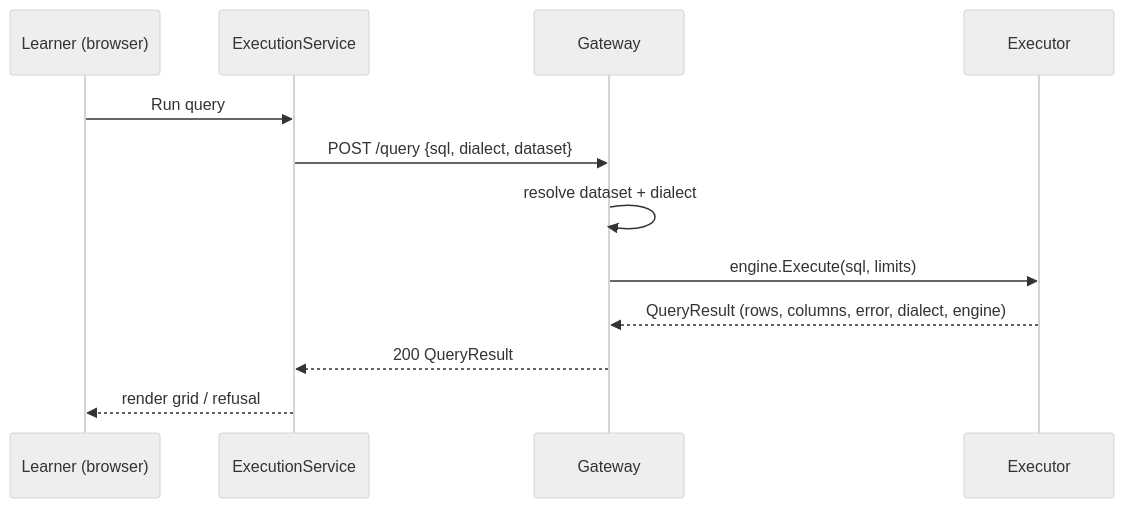
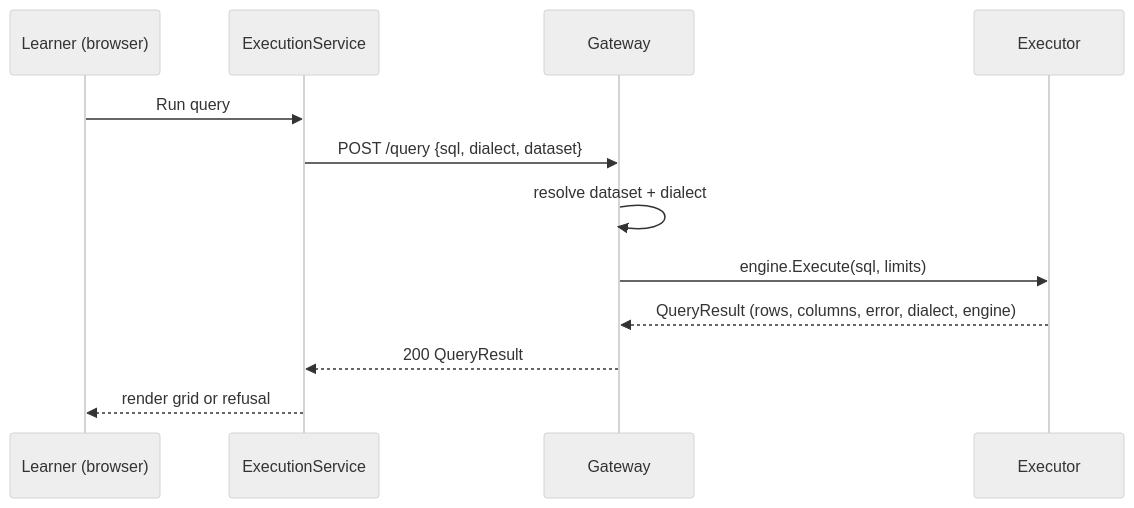
One commit to theakhandpatel/querycraft changed the second of 8 diagrams in docs/architecture.md. Above: the diagram before and after it, drawn with Mermaid (neutral theme). The commit also changed other lines of this file and 21 other files, not shown here.

````diff
--- a/docs/architecture.md
+++ b/docs/architecture.md
@@ -79,14 +78,14 @@
 ```mermaid
 sequenceDiagram
   participant L as Learner (browser)
   participant S as ExecutionService
   participant G as Gateway
   participant X as Executor
   L->>S: Run query
   S->>G: POST /query {sql, dialect, dataset}
   G->>G: resolve dataset + dialect
   G->>X: engine.Execute(sql, limits)
   X-->>G: QueryResult (rows, columns, error, dialect, engine)
   G-->>S: 200 QueryResult
-  S-->>L: render grid / refusal
+  S-->>L: render grid or refusal
 ```
````
